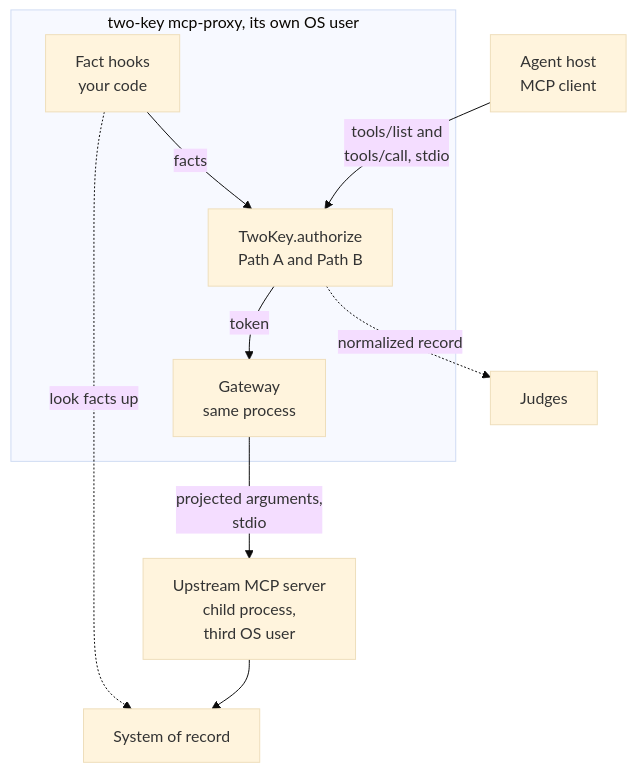
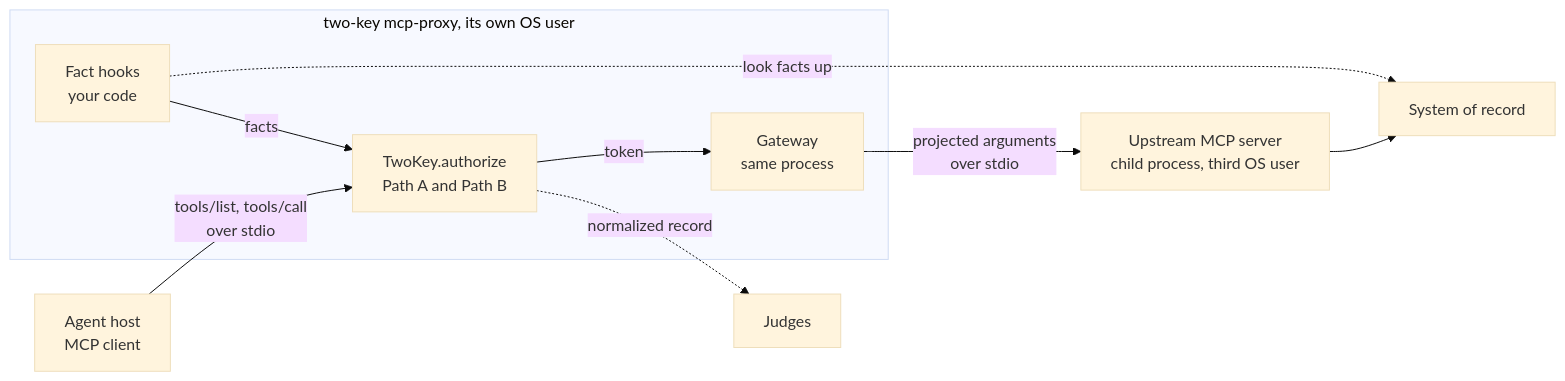
The first of 4 diagrams in README.md (Insomniac-VibeLabs/two-key), drawn with Mermaid (base theme) before and after one commit. The commit also changed other lines of this file and 6 other files, not shown here.

First line of the commit message:
Docs review: README from main, clearer diagram labels, config show described correctly

````diff
--- a/README.md
+++ b/README.md
@@ -136,12 +136,12 @@
 ```mermaid
-flowchart TD
-  host["Agent host<br/>MCP client"] -- "tools/list and<br/>tools/call, stdio" --> tk
+flowchart LR
+  host["Agent host<br/>MCP client"] -- "tools/list, tools/call<br/>over stdio" --> tk
   subgraph proxy["two-key mcp-proxy, its own OS user"]
-    hooks["Fact hooks<br/>your code"] -- "facts" --> tk["TwoKey.authorize<br/>Path A and Path B"]
-    tk -- "token" --> gw["Gateway<br/>same process"]
+    tk["TwoKey.authorize<br/>Path A and Path B"] -- "token" --> gw["Gateway<br/>same process"]
+    hooks["Fact hooks<br/>your code"] -- "facts" --> tk
   end
   tk -. "normalized record" .-> judges["Judges"]
-  gw -- "projected arguments,<br/>stdio" --> up["Upstream MCP server<br/>child process,<br/>third OS user"]
+  gw -- "projected arguments<br/>over stdio" --> up["Upstream MCP server<br/>child process, third OS user"]
   up --> sor["System of record"]
   hooks -. "look facts up" .-> sor
 ```
````
